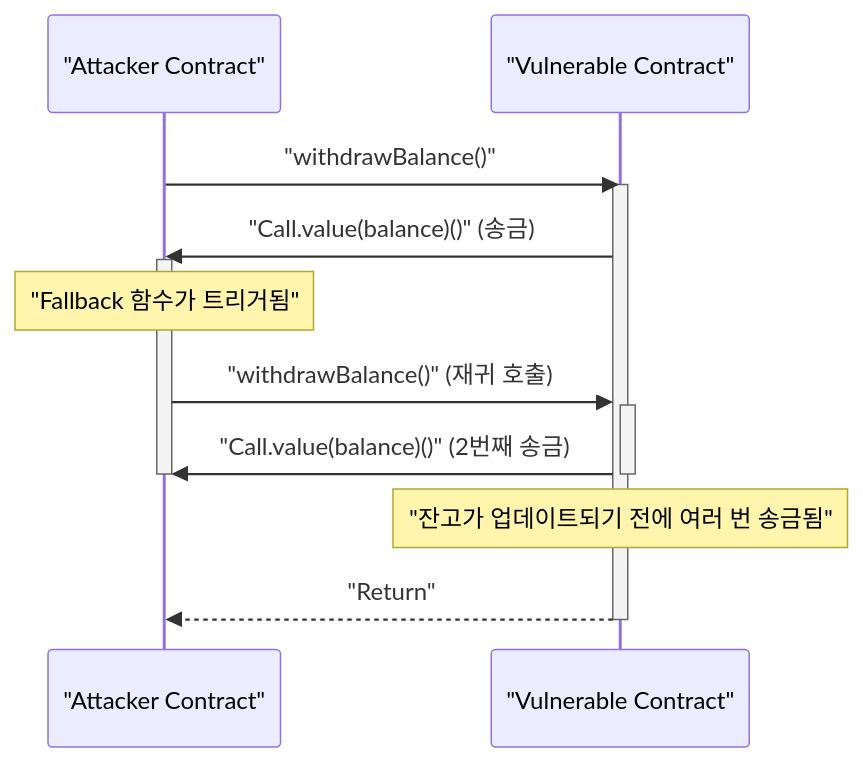
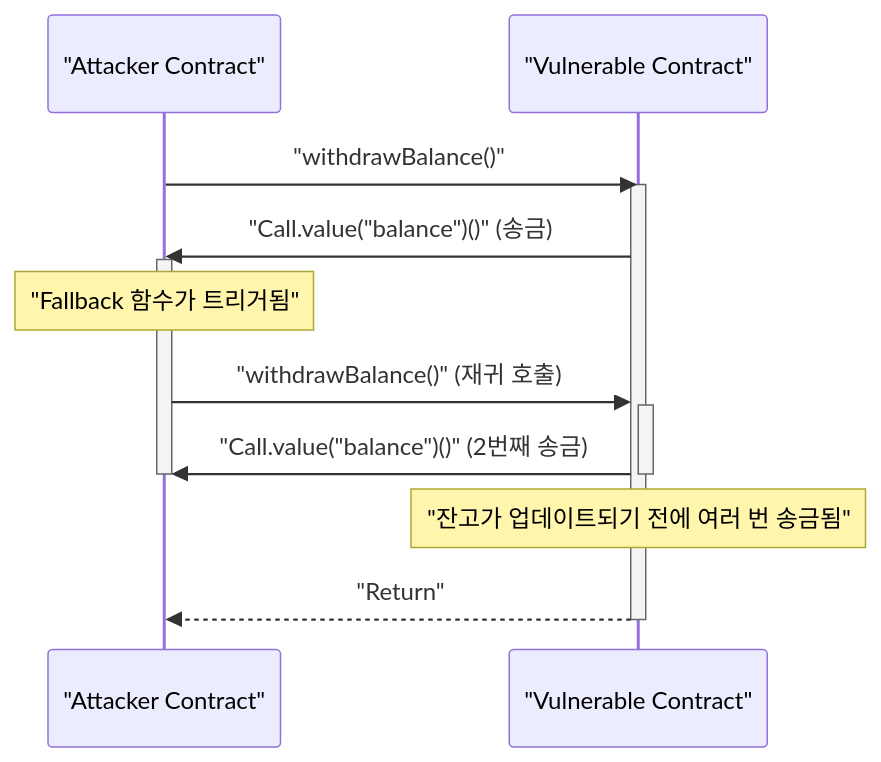
One commit to kenjinote/blog changed the second of 2 diagrams in content/post/blockchain-technology-smart-contract-distributed-ledger/index.ko.md. Above: the diagram before and after it, drawn with Mermaid. The commit also changed 929 other files, not shown here.

Commit message:
fix: Add double quotes to all Mermaid node texts to resolve syntax errors

````diff
--- a/content/post/blockchain-technology-smart-contract-distributed-ledger/index.ko.md
+++ b/content/post/blockchain-technology-smart-contract-distributed-ledger/index.ko.md
@@ -185,19 +185,19 @@
 ```mermaid
 sequenceDiagram
     participant A as "Attacker Contract"
     participant V as "Vulnerable Contract"
 
     A->>V: "withdrawBalance()"
     activate V
-    V->>A: "Call.value(balance)()" (송금)
+    V->>A: "Call.value("balance")()" (송금)
     activate A
     Note over A: "Fallback 함수가 트리거됨"
     A->>V: "withdrawBalance()" (재귀 호출)
     activate V
-    V->>A: "Call.value(balance)()" (2번째 송금)
+    V->>A: "Call.value("balance")()" (2번째 송금)
     deactivate V
     deactivate A
     Note over V: "잔고가 업데이트되기 전에 여러 번 송금됨"
     V-->>A: "Return"
     deactivate V
 ```
````
